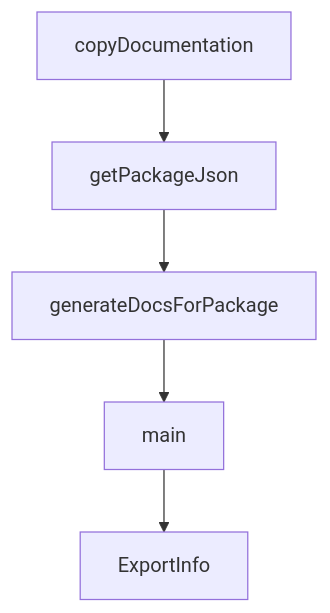
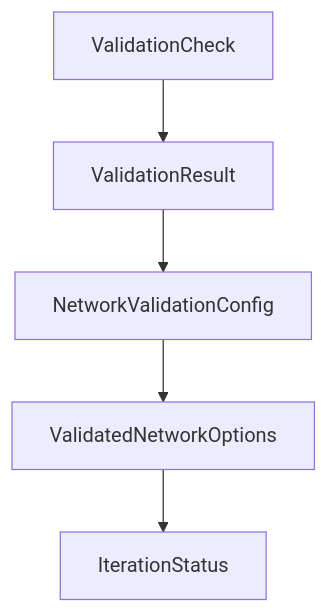
The diagram in tutorials/mastra-tutorial/05-memory-rag-and-context.md (johnxie/awesome-code-docs), drawn with Mermaid before and after one commit. The commit also changed other lines of this file and 1232 other files, not shown here.

````diff
--- a/tutorials/mastra-tutorial/05-memory-rag-and-context.md
+++ b/tutorials/mastra-tutorial/05-memory-rag-and-context.md
@@ -213,12 +211,12 @@
 ```mermaid
 flowchart TD
-    A[copyDocumentation]
-    B[getPackageJson]
-    C[generateDocsForPackage]
-    D[main]
-    E[ExportInfo]
+    A[ValidationCheck]
+    B[ValidationResult]
+    C[NetworkValidationConfig]
+    D[ValidatedNetworkOptions]
+    E[IterationStatus]
     A --> B
     B --> C
     C --> D
     D --> E
 ```
````
